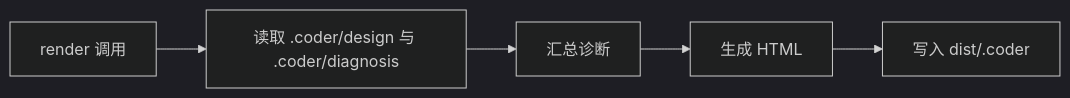
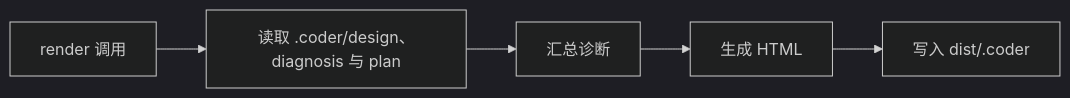
One commit to Cangjier/coder changed the tenth of 10 diagrams in .coder/design/flow.md. Above: the diagram before and after it, drawn with Mermaid (dark theme). The commit also changed other lines of this file and 31 other files, not shown here.

````diff
--- a/.coder/design/flow.md
+++ b/.coder/design/flow.md
@@ -93,7 +107,7 @@
 ```mermaid
 flowchart LR
-  A[render 调用] --> B[读取 .coder/design 与 .coder/diagnosis]
+  A[render 调用] --> B[读取 .coder/design、diagnosis 与 plan]
   B --> C[汇总诊断]
   C --> D[生成 HTML]
   D --> E[写入 dist/.coder]
 ```
````
